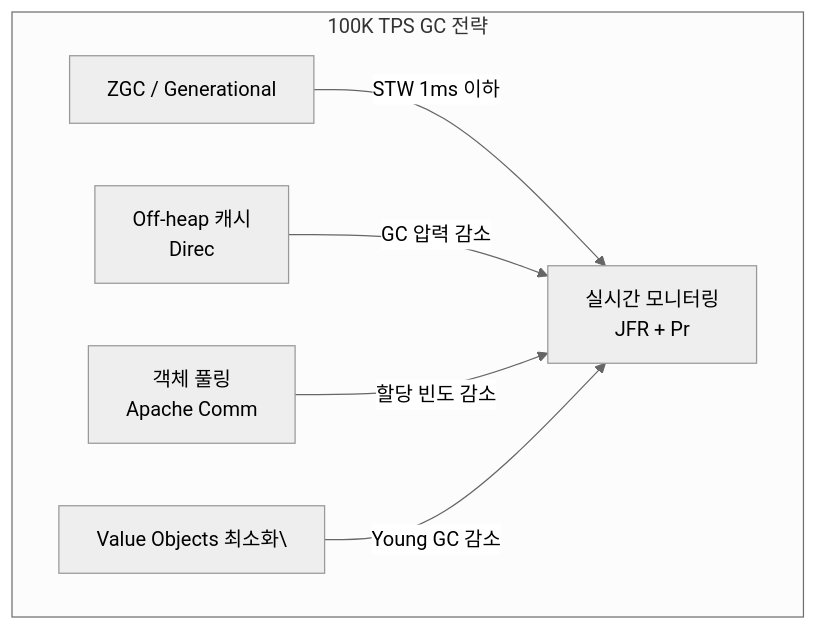
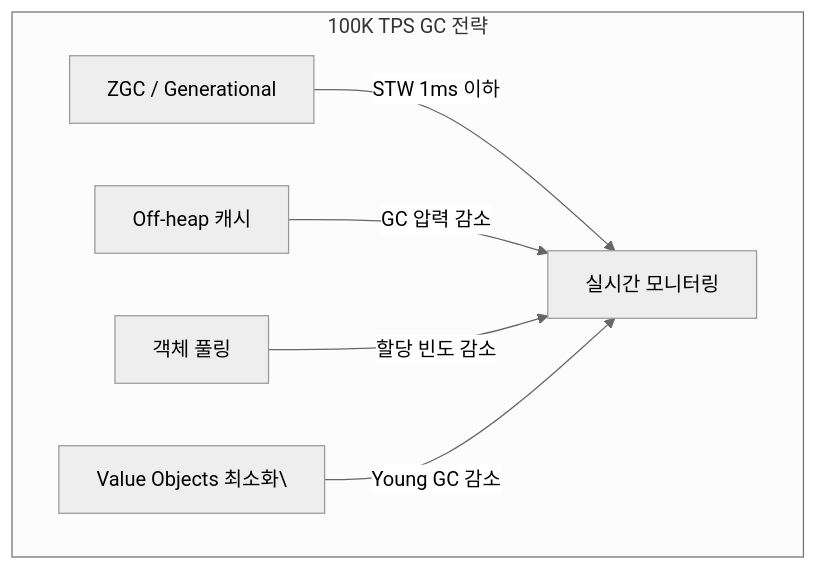
One commit to yjkim2015/yjkim2015.github.io changed diagram 28 of 29 in _posts/java/2026-05-01-java-garbage-collector.md. Above: the diagram before and after it, drawn with Mermaid (neutral theme). The commit also changed other lines of this file and 217 other files, not shown here.

First line of the commit message:
Mermaid 크기 수정: useMaxWidth:true + SVG max-width:100% + 라벨 축소

````diff
--- a/_posts/java/2026-05-01-java-garbage-collector.md
+++ b/_posts/java/2026-05-01-java-garbage-collector.md
@@ -1044,14 +1044,14 @@
 ```mermaid
 graph TD
     subgraph "100K TPS GC 전략"
         Z["ZGC / Generational"]
-        OH["Off-heap 캐시\nDirec"]
-        OBJ["객체 풀링\nApache Comm"]
+        OH["Off-heap 캐시"]
+        OBJ["객체 풀링"]
         VAL["Value Objects 최소화\"]
-        MON["실시간 모니터링\nJFR + Pr"]
+        MON["실시간 모니터링"]
     end
     Z -->|"STW 1ms 이하"| MON
     OH -->|"GC 압력 감소"| MON
     OBJ -->|"할당 빈도 감소"| MON
     VAL -->|"Young GC 감소"| MON
 ```
````
